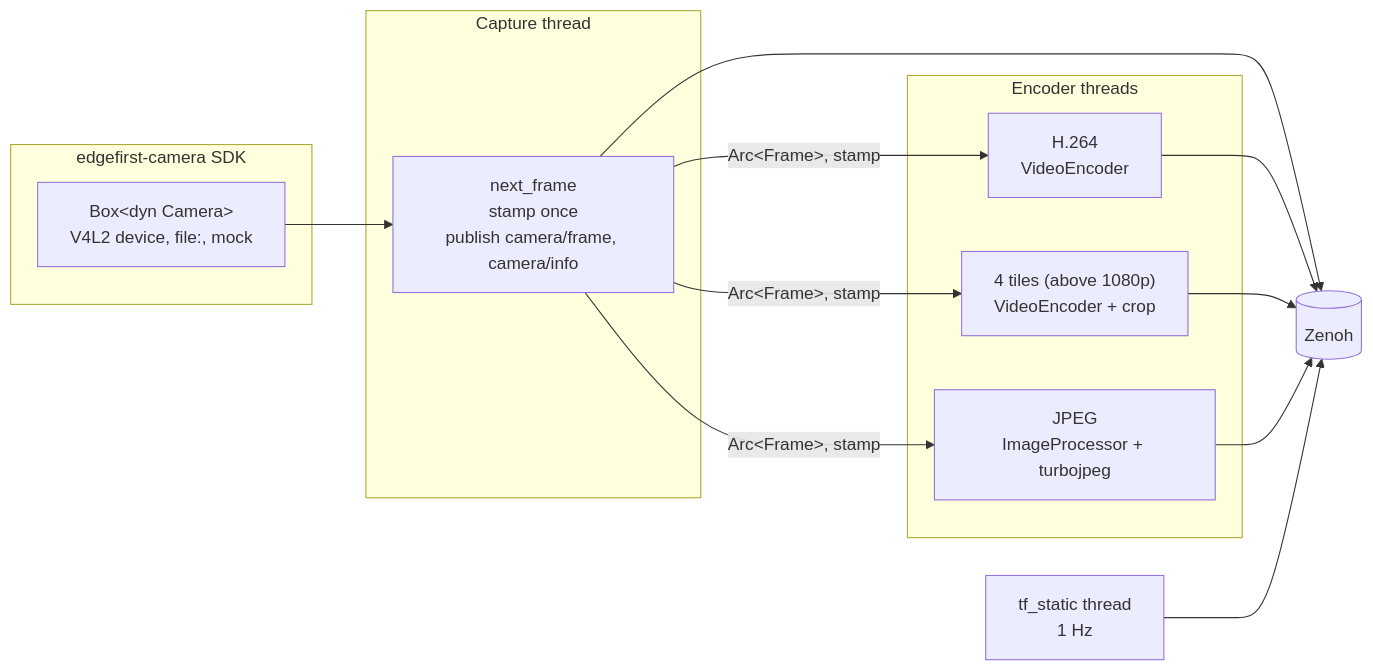
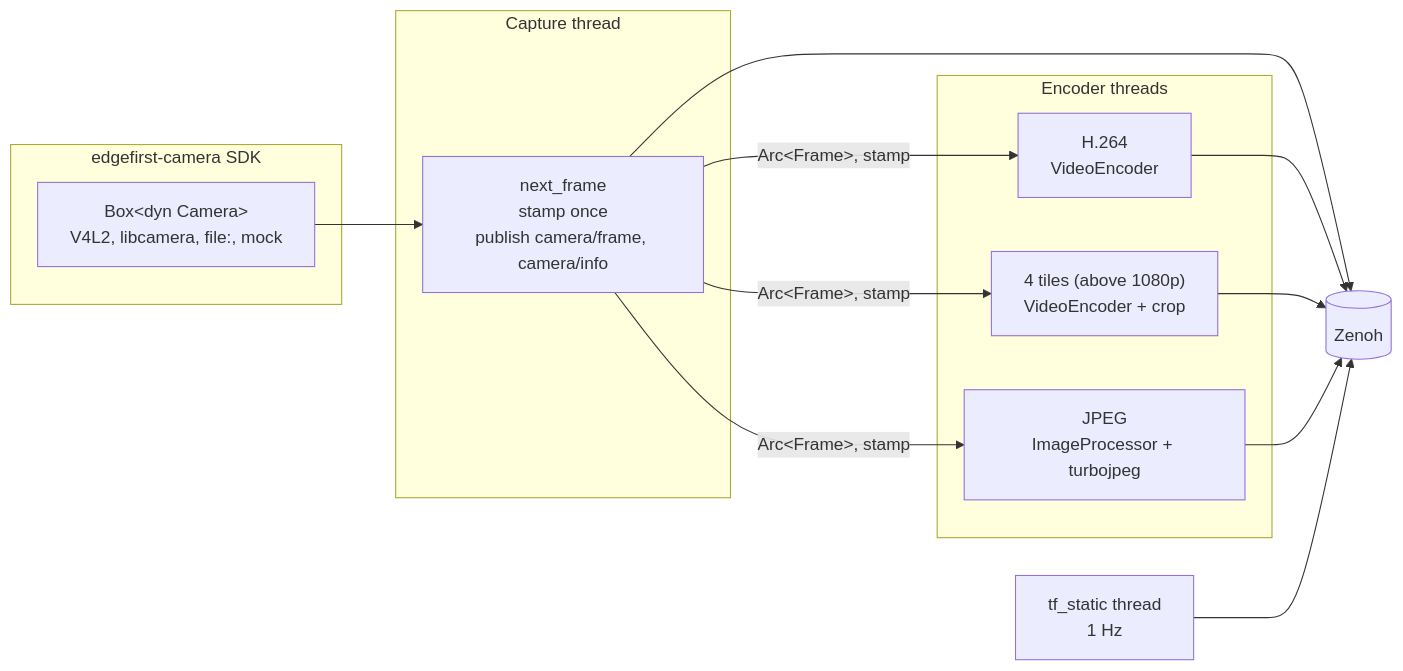
Before and after one commit to EdgeFirstAI/camera: the diagram in ARCHITECTURE.md, drawn with Mermaid. The commit also changed other lines of this file and 10 other files, not shown here.

````diff
--- a/ARCHITECTURE.md
+++ b/ARCHITECTURE.md
@@ -29,25 +30,25 @@
 ```mermaid
 graph LR
     subgraph Source["edgefirst-camera SDK"]
-        Cam["Box&lt;dyn Camera&gt;<br/>V4L2 device, file:, mock"]
+        Cam["Box&lt;dyn Camera&gt;<br/>V4L2, libcamera, file:, mock"]
     end
     subgraph Capture["Capture thread"]
         Loop["next_frame<br/>stamp once<br/>publish camera/frame, camera/info"]
     end
     subgraph Encoders["Encoder threads"]
         H264["H.264<br/>VideoEncoder"]
         Tiles["4 tiles (above 1080p)<br/>VideoEncoder + crop"]
         JPEG["JPEG<br/>ImageProcessor + turbojpeg"]
     end
     TF["tf_static thread<br/>1 Hz"]
     Z[("Zenoh")]
     Cam --> Loop
     Loop -- "Arc&lt;Frame&gt;, stamp" --> H264
     Loop -- "Arc&lt;Frame&gt;, stamp" --> Tiles
     Loop -- "Arc&lt;Frame&gt;, stamp" --> JPEG
     Loop --> Z
     H264 --> Z
     Tiles --> Z
     JPEG --> Z
     TF --> Z
 ```
````
